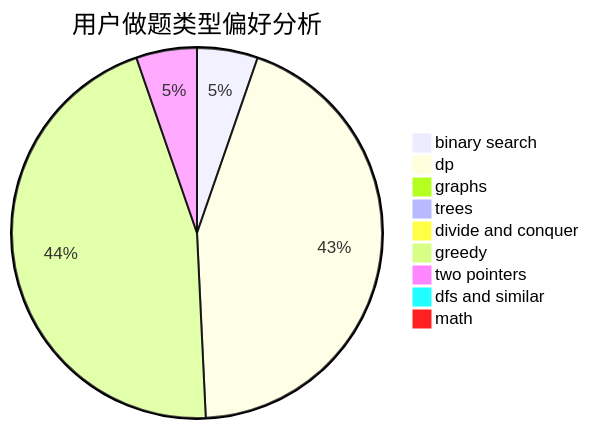
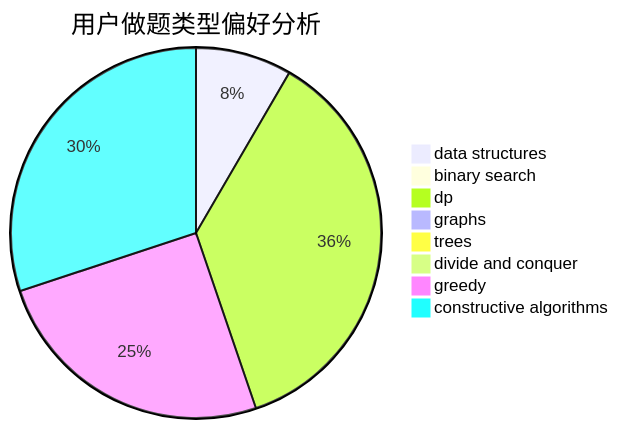
The second of 3 diagrams in docs/user/u2590.md (sherpahu/cfrs.github.io), drawn with Mermaid before and after one commit. The commit also changed other lines of this file and 2775 other files, not shown here.

````diff
--- a/docs/user/u2590.md
+++ b/docs/user/u2590.md
@@ -23,12 +23,11 @@
 ```mermaid
 pie title 用户做题类型偏好分析
-    "binary search" :  14
-    "dp" :  116
-    "graphs" :  2
-    "trees" :  2
+    "data structures" :  12
+    "binary search" :  0
+    "dp" :  52
+    "graphs" :  1
+    "trees" :  0
     "divide and conquer" :  0
-    "greedy" :  120
-    "two pointers" :  14
-    "dfs and similar" :  2
-    "math" :  2
+    "greedy" :  36
+    "constructive algorithms" :  43
 ```
````
